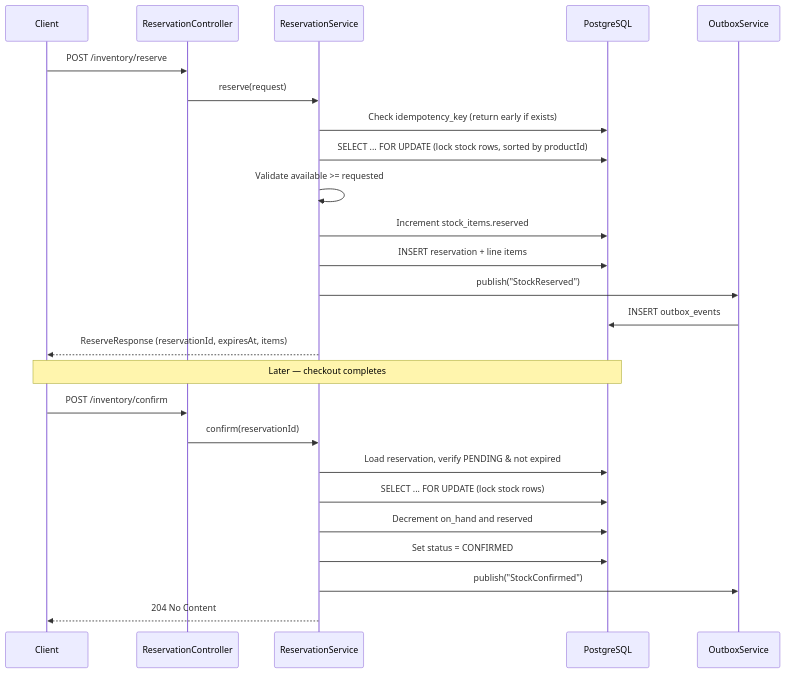
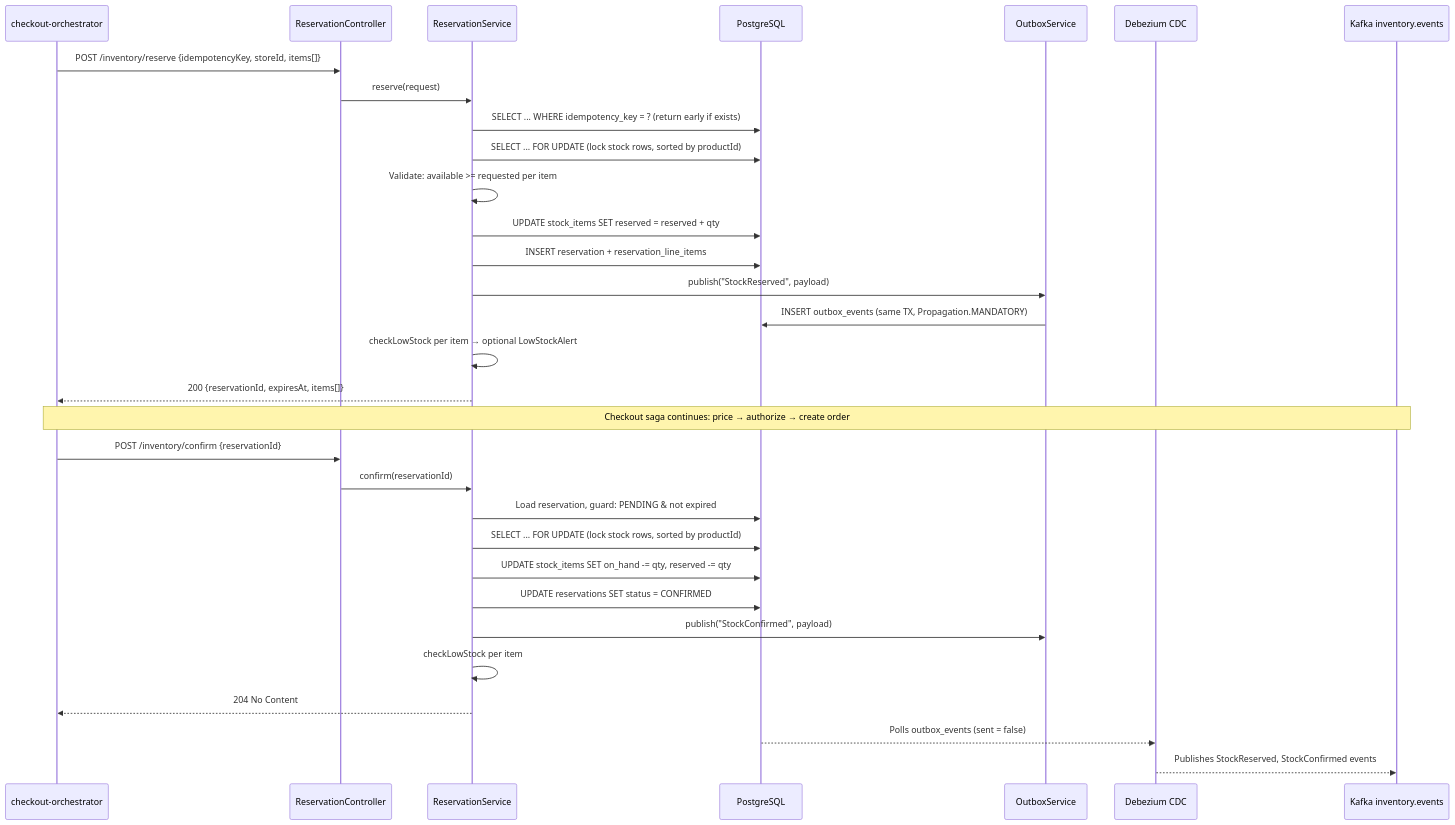
One commit to sunitakeazycommerz-a11y/InstaCommerce changed the fifth of 8 diagrams in services/inventory-service/README.md. Above: the diagram before and after it, drawn with Mermaid. The commit also changed other lines of this file and 554 other files, not shown here.

````diff
--- a/services/inventory-service/README.md
+++ b/services/inventory-service/README.md
@@ -109,30 +347,37 @@
 ```mermaid
 sequenceDiagram
-    participant Client
+    participant CO as checkout-orchestrator
     participant RC as ReservationController
     participant RS as ReservationService
     participant DB as PostgreSQL
     participant OB as OutboxService
+    participant CDC as Debezium CDC
+    participant K as Kafka inventory.events
 
-    Client->>RC: POST /inventory/reserve
+    CO->>RC: POST /inventory/reserve {idempotencyKey, storeId, items[]}
     RC->>RS: reserve(request)
-    RS->>DB: Check idempotency_key (return early if exists)
+    RS->>DB: SELECT ... WHERE idempotency_key = ? (return early if exists)
     RS->>DB: SELECT ... FOR UPDATE (lock stock rows, sorted by productId)
-    RS->>RS: Validate available >= requested
-    RS->>DB: Increment stock_items.reserved
-    RS->>DB: INSERT reservation + line items
-    RS->>OB: publish("StockReserved")
-    OB->>DB: INSERT outbox_events
-    RS-->>Client: ReserveResponse (reservationId, expiresAt, items)
+    RS->>RS: Validate: available >= requested per item
+    RS->>DB: UPDATE stock_items SET reserved = reserved + qty
+    RS->>DB: INSERT reservation + reservation_line_items
+    RS->>OB: publish("StockReserved", payload)
+    OB->>DB: INSERT outbox_events (same TX, Propagation.MANDATORY)
+    RS->>RS: checkLowStock per item → optional LowStockAlert
+    RS-->>CO: 200 {reservationId, expiresAt, items[]}
 
-    Note over Client,DB: Later — checkout completes
+    Note over CO,K: Checkout saga continues: price → authorize → create order
 
-    Client->>RC: POST /inventory/confirm
+    CO->>RC: POST /inventory/confirm {reservationId}
     RC->>RS: confirm(reservationId)
-    RS->>DB: Load reservation, verify PENDING & not expired
-    RS->>DB: SELECT ... FOR UPDATE (lock stock rows)
-    RS->>DB: Decrement on_hand and reserved
-    RS->>DB: Set status = CONFIRMED
-    RS->>OB: publish("StockConfirmed")
-    RS-->>Client: 204 No Content
+    RS->>DB: Load reservation, guard: PENDING & not expired
+    RS->>DB: SELECT ... FOR UPDATE (lock stock rows, sorted by productId)
+    RS->>DB: UPDATE stock_items SET on_hand -= qty, reserved -= qty
+    RS->>DB: UPDATE reservations SET status = CONFIRMED
+    RS->>OB: publish("StockConfirmed", payload)
+    RS->>RS: checkLowStock per item
+    RS-->>CO: 204 No Content
+
+    DB-->>CDC: Polls outbox_events (sent = false)
+    CDC-->>K: Publishes StockReserved, StockConfirmed events
 ```
````
